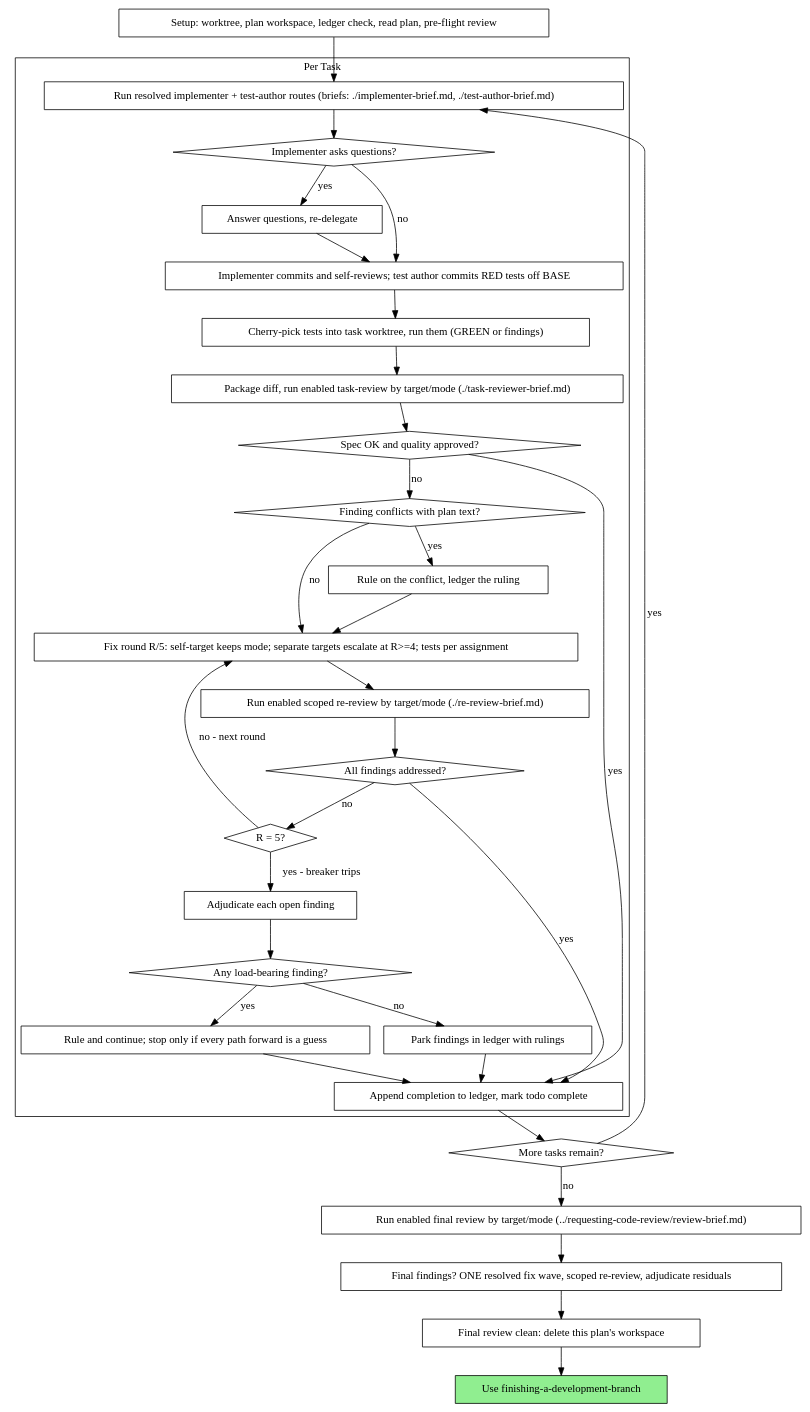
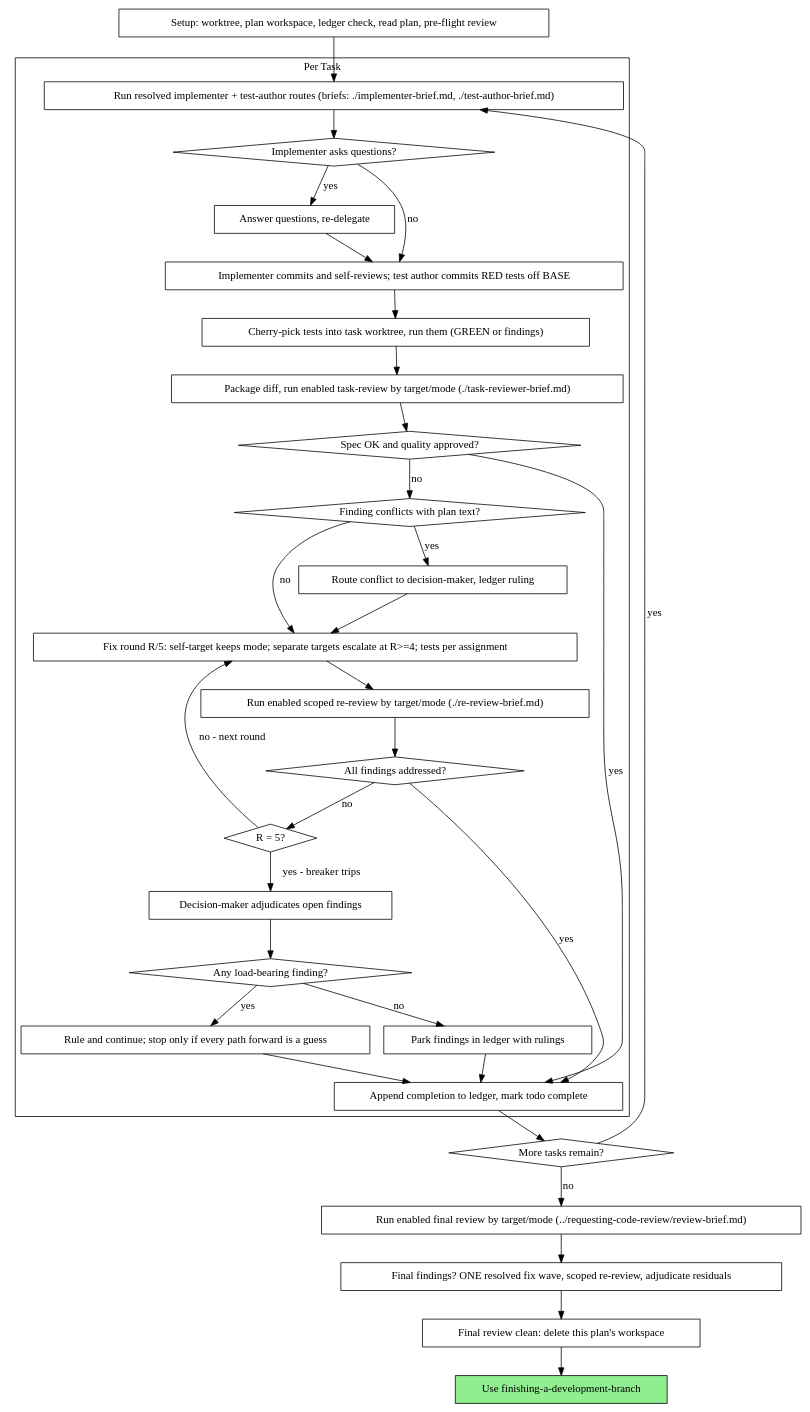
Before and after one commit to transparent-pegasus/herdrpowers: the diagram in skills/pane-driven-development/references/lifecycle.md, drawn with Graphviz. The commit also changed 45 other files, not shown here.

Commit message:
feat: add decision-maker role and decision-making routing (v1.26.0)

````diff
--- a/skills/pane-driven-development/references/lifecycle.md
+++ b/skills/pane-driven-development/references/lifecycle.md
@@ -17,65 +17,65 @@
 ```dot
 digraph process {
     rankdir=TB;
 
     subgraph cluster_per_task {
         label="Per Task";
         "Run resolved implementer + test-author routes (briefs: ./implementer-brief.md, ./test-author-brief.md)" [shape=box];
         "Implementer asks questions?" [shape=diamond];
         "Cherry-pick tests into task worktree, run them (GREEN or findings)" [shape=box];
         "Answer questions, re-delegate" [shape=box];
         "Implementer commits and self-reviews; test author commits RED tests off BASE" [shape=box];
         "Package diff, run enabled task-review by target/mode (./task-reviewer-brief.md)" [shape=box];
         "Spec OK and quality approved?" [shape=diamond];
         "Finding conflicts with plan text?" [shape=diamond];
-        "Rule on the conflict, ledger the ruling" [shape=box];
+        "Route conflict to decision-maker, ledger ruling" [shape=box];
         "Fix round R/5: self-target keeps mode; separate targets escalate at R>=4; tests per assignment" [shape=box];
         "Run enabled scoped re-review by target/mode (./re-review-brief.md)" [shape=box];
         "All findings addressed?" [shape=diamond];
         "R = 5?" [shape=diamond];
-        "Adjudicate each open finding" [shape=box];
+        "Decision-maker adjudicates open findings" [shape=box];
         "Any load-bearing finding?" [shape=diamond];
         "Rule and continue; stop only if every path forward is a guess" [shape=box];
         "Park findings in ledger with rulings" [shape=box];
         "Append completion to ledger, mark todo complete" [shape=box];
     }
 
     "Setup: worktree, plan workspace, ledger check, read plan, pre-flight review" [shape=box];
     "More tasks remain?" [shape=diamond];
     "Run enabled final review by target/mode (../requesting-code-review/review-brief.md)" [shape=box];
     "Final findings? ONE resolved fix wave, scoped re-review, adjudicate residuals" [shape=box];
     "Final review clean: delete this plan's workspace" [shape=box];
     "Use finishing-a-development-branch" [shape=box style=filled fillcolor=lightgreen];
 
     "Setup: worktree, plan workspace, ledger check, read plan, pre-flight review" -> "Run resolved implementer + test-author routes (briefs: ./implementer-brief.md, ./test-author-brief.md)";
     "Run resolved implementer + test-author routes (briefs: ./implementer-brief.md, ./test-author-brief.md)" -> "Implementer asks questions?";
     "Implementer asks questions?" -> "Answer questions, re-delegate" [label="yes"];
     "Answer questions, re-delegate" -> "Implementer commits and self-reviews; test author commits RED tests off BASE";
     "Implementer asks questions?" -> "Implementer commits and self-reviews; test author commits RED tests off BASE" [label="no"];
     "Implementer commits and self-reviews; test author commits RED tests off BASE" -> "Cherry-pick tests into task worktree, run them (GREEN or findings)";
     "Cherry-pick tests into task worktree, run them (GREEN or findings)" -> "Package diff, run enabled task-review by target/mode (./task-reviewer-brief.md)";
     "Package diff, run enabled task-review by target/mode (./task-reviewer-brief.md)" -> "Spec OK and quality approved?";
     "Spec OK and quality approved?" -> "Append completion to ledger, mark todo complete" [label="yes"];
     "Spec OK and quality approved?" -> "Finding conflicts with plan text?" [label="no"];
-    "Finding conflicts with plan text?" -> "Rule on the conflict, ledger the ruling" [label="yes"];
-    "Rule on the conflict, ledger the ruling" -> "Fix round R/5: self-target keeps mode; separate targets escalate at R>=4; tests per assignment";
+    "Finding conflicts with plan text?" -> "Route conflict to decision-maker, ledger ruling" [label="yes"];
+    "Route conflict to decision-maker, ledger ruling" -> "Fix round R/5: self-target keeps mode; separate targets escalate at R>=4; tests per assignment";
     "Finding conflicts with plan text?" -> "Fix round R/5: self-target keeps mode; separate targets escalate at R>=4; tests per assignment" [label="no"];
     "Fix round R/5: self-target keeps mode; separate targets escalate at R>=4; tests per assignment" -> "Run enabled scoped re-review by target/mode (./re-review-brief.md)";
     "Run enabled scoped re-review by target/mode (./re-review-brief.md)" -> "All findings addressed?";
     "All findings addressed?" -> "Append completion to ledger, mark todo complete" [label="yes"];
     "All findings addressed?" -> "R = 5?" [label="no"];
     "R = 5?" -> "Fix round R/5: self-target keeps mode; separate targets escalate at R>=4; tests per assignment" [label="no - next round"];
-    "R = 5?" -> "Adjudicate each open finding" [label="yes - breaker trips"];
-    "Adjudicate each open finding" -> "Any load-bearing finding?";
+    "R = 5?" -> "Decision-maker adjudicates open findings" [label="yes - breaker trips"];
+    "Decision-maker adjudicates open findings" -> "Any load-bearing finding?";
     "Any load-bearing finding?" -> "Rule and continue; stop only if every path forward is a guess" [label="yes"];
     "Any load-bearing finding?" -> "Park findings in ledger with rulings" [label="no"];
     "Rule and continue; stop only if every path forward is a guess" -> "Append completion to ledger, mark todo complete";
     "Park findings in ledger with rulings" -> "Append completion to ledger, mark todo complete";
     "Append completion to ledger, mark todo complete" -> "More tasks remain?";
     "More tasks remain?" -> "Run resolved implementer + test-author routes (briefs: ./implementer-brief.md, ./test-author-brief.md)" [label="yes"];
     "More tasks remain?" -> "Run enabled final review by target/mode (../requesting-code-review/review-brief.md)" [label="no"];
     "Run enabled final review by target/mode (../requesting-code-review/review-brief.md)" -> "Final findings? ONE resolved fix wave, scoped re-review, adjudicate residuals";
     "Final findings? ONE resolved fix wave, scoped re-review, adjudicate residuals" -> "Final review clean: delete this plan's workspace";
     "Final review clean: delete this plan's workspace" -> "Use finishing-a-development-branch";
 }
 ```
````
